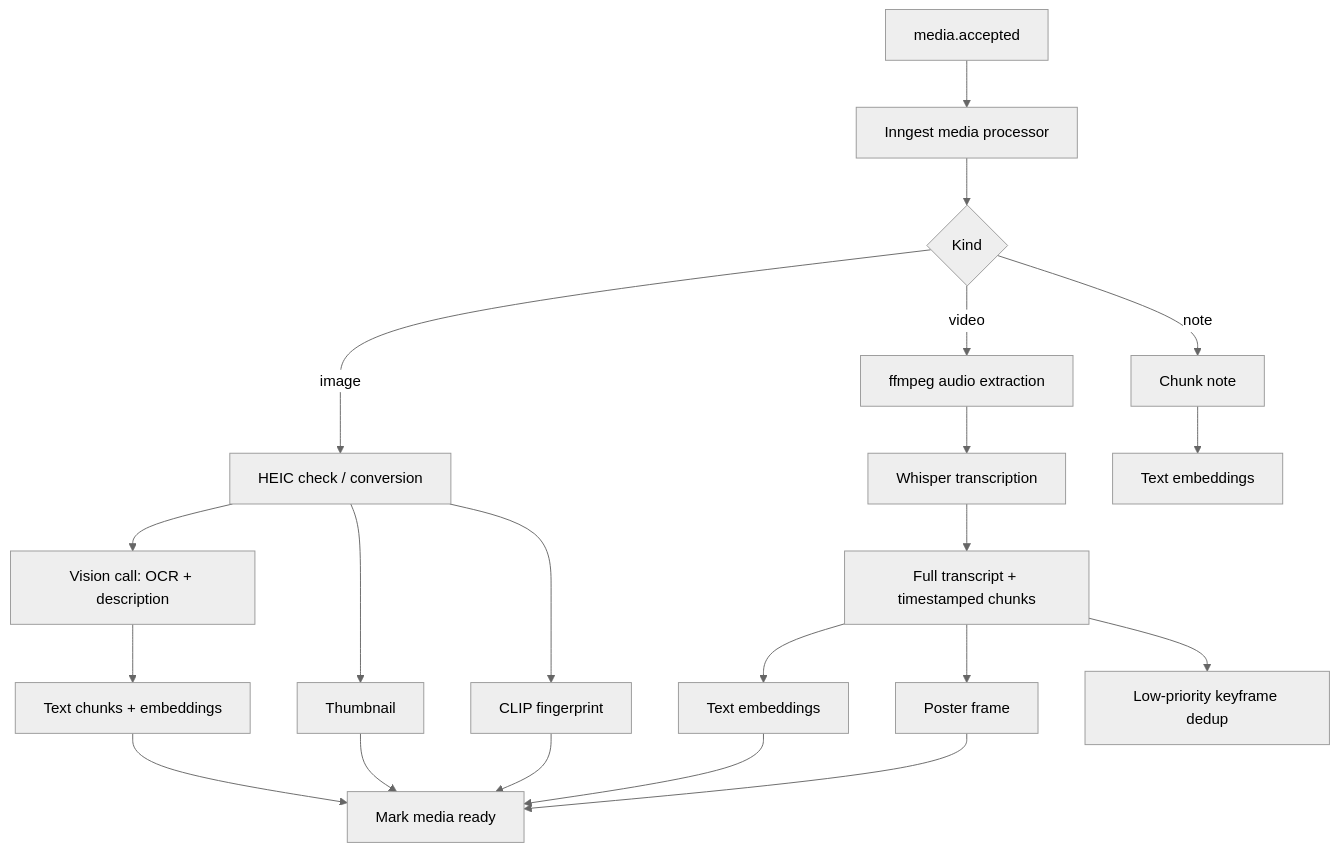
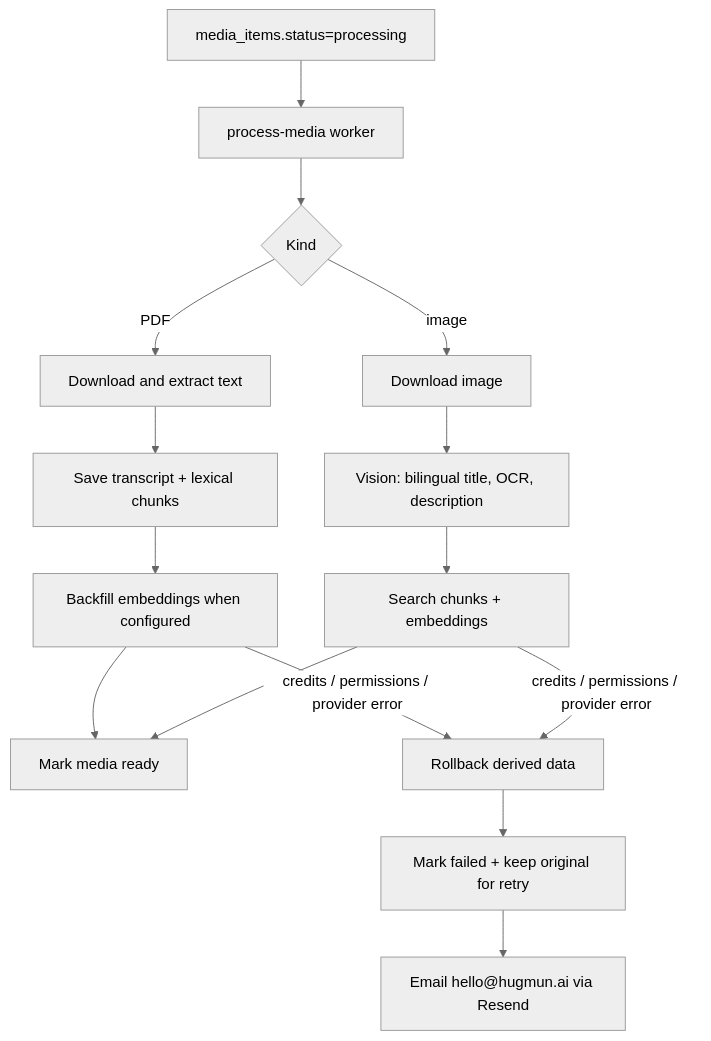
One commit to hug-mun/deacon changed the fourth of 4 diagrams in architecture.md. Above: the diagram before and after it, drawn with Mermaid (neutral theme). The commit also changed other lines of this file and 2 other files, not shown here.

Commit message:
Document current processing and recovery architecture

````diff
--- a/architecture.md
+++ b/architecture.md
@@ -236,23 +252,17 @@
 ```mermaid
 flowchart TD
-    E["media.accepted"] --> F["Inngest media processor"]
-    F --> K{Kind}
-    K -->|image| I1["HEIC check / conversion"]
-    I1 --> I2["Vision call: OCR + description"]
-    I2 --> I3["Text chunks + embeddings"]
-    I1 --> I4["Thumbnail"]
-    I1 --> I5["CLIP fingerprint"]
-    K -->|video| V1["ffmpeg audio extraction"]
-    V1 --> V2["Whisper transcription"]
-    V2 --> V3["Full transcript + timestamped chunks"]
-    V3 --> V4["Text embeddings"]
-    K -->|note| N1["Chunk note"]
-    N1 --> N2["Text embeddings"]
-    V3 --> P["Poster frame"]
-    V3 --> D["Low-priority keyframe dedup"]
-    I3 --> R["Mark media ready"]
-    I4 --> R
-    I5 --> R
-    V4 --> R
-    P --> R
+    U["media_items.status=processing"] --> W["process-media worker"]
+    W --> K{Kind}
+    K -->|PDF| P1["Download and extract text"]
+    P1 --> P2["Save transcript + lexical chunks"]
+    P2 --> P3["Backfill embeddings when configured"]
+    K -->|image| I1["Download image"]
+    I1 --> I2["Vision: bilingual title, OCR, description"]
+    I2 --> I3["Search chunks + embeddings"]
+    P3 --> R["Mark media ready"]
+    I3 --> R
+    P3 -->|credits / permissions / provider error| X["Rollback derived data"]
+    I3 -->|credits / permissions / provider error| X
+    X --> F["Mark failed + keep original for retry"]
+    F --> E["Email hello@hugmun.ai via Resend"]
 ```
````
